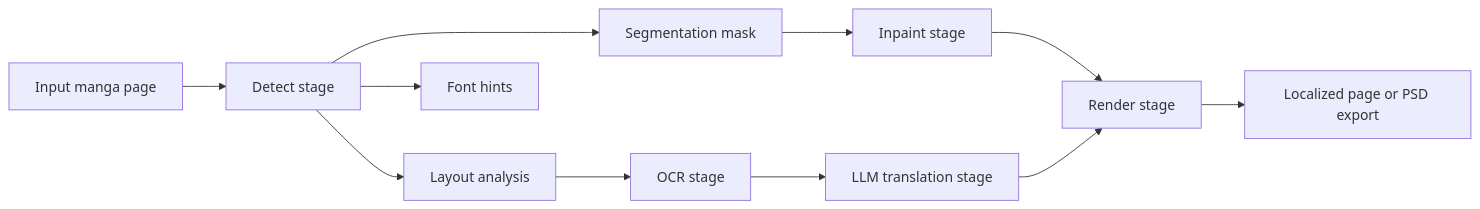
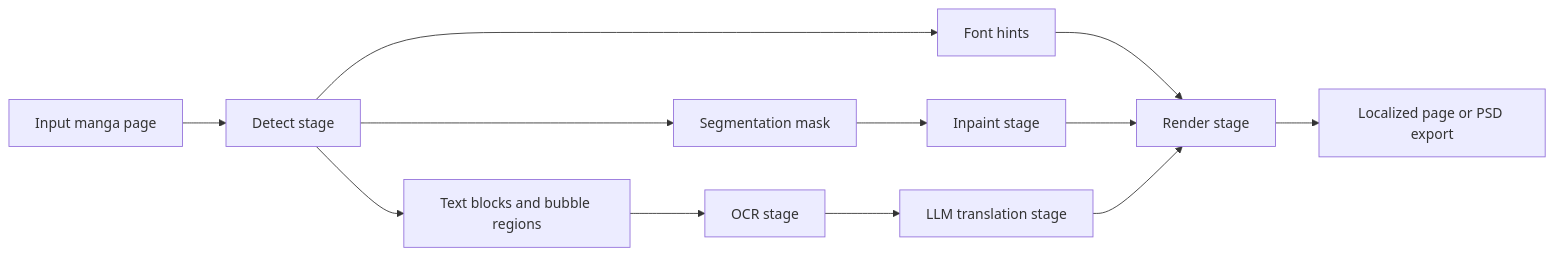
One commit to mayocream/koharu changed the diagram in docs/en-US/explanation/how-koharu-works.md. Above: the diagram before and after it, drawn with Mermaid. The commit also changed other lines of this file and 12 other files, not shown here.

````diff
--- a/docs/en-US/explanation/how-koharu-works.md
+++ b/docs/en-US/explanation/how-koharu-works.md
@@ -11,13 +11,14 @@
 ```mermaid
 flowchart LR
     A[Input manga page] --> B[Detect stage]
-    B --> B1[Layout analysis]
+    B --> B1[Text blocks and bubble regions]
     B --> B2[Segmentation mask]
     B --> B3[Font hints]
     B1 --> C[OCR stage]
     B2 --> D[Inpaint stage]
     C --> E[LLM translation stage]
+    B3 --> F
     D --> F[Render stage]
     E --> F
     F --> G[Localized page or PSD export]
 ```
````
